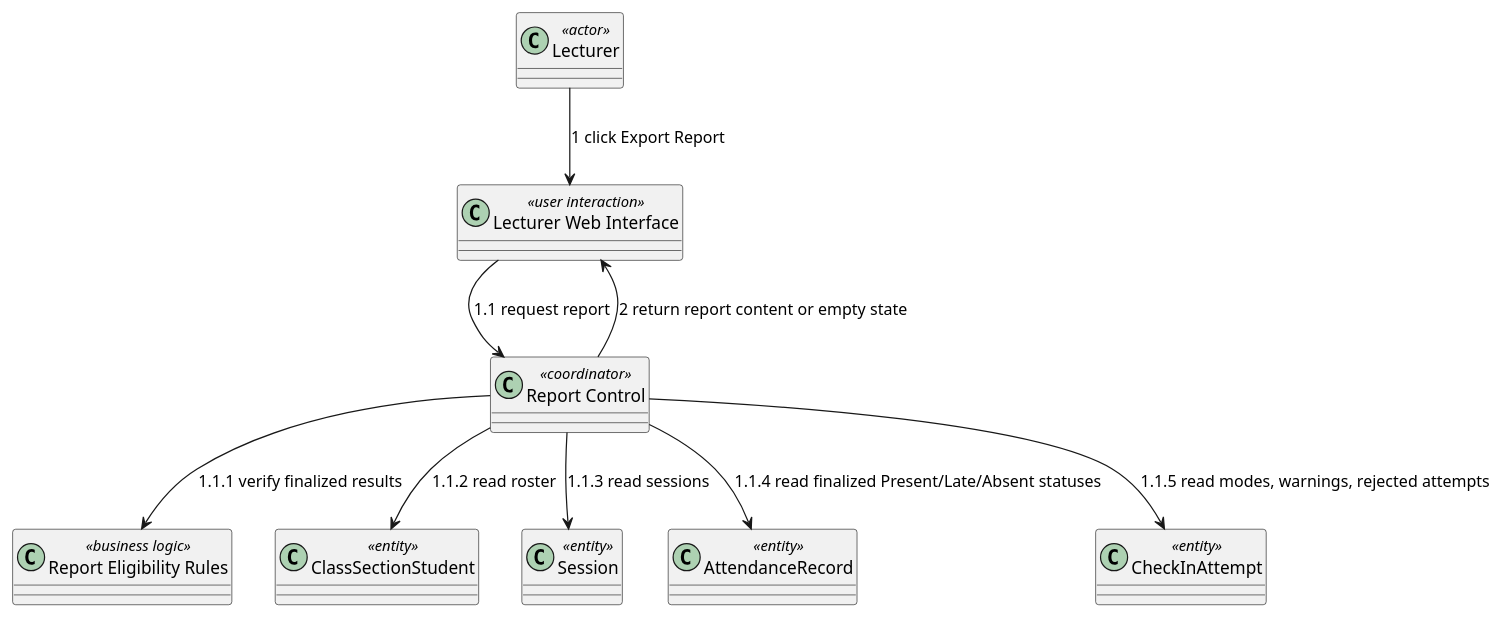
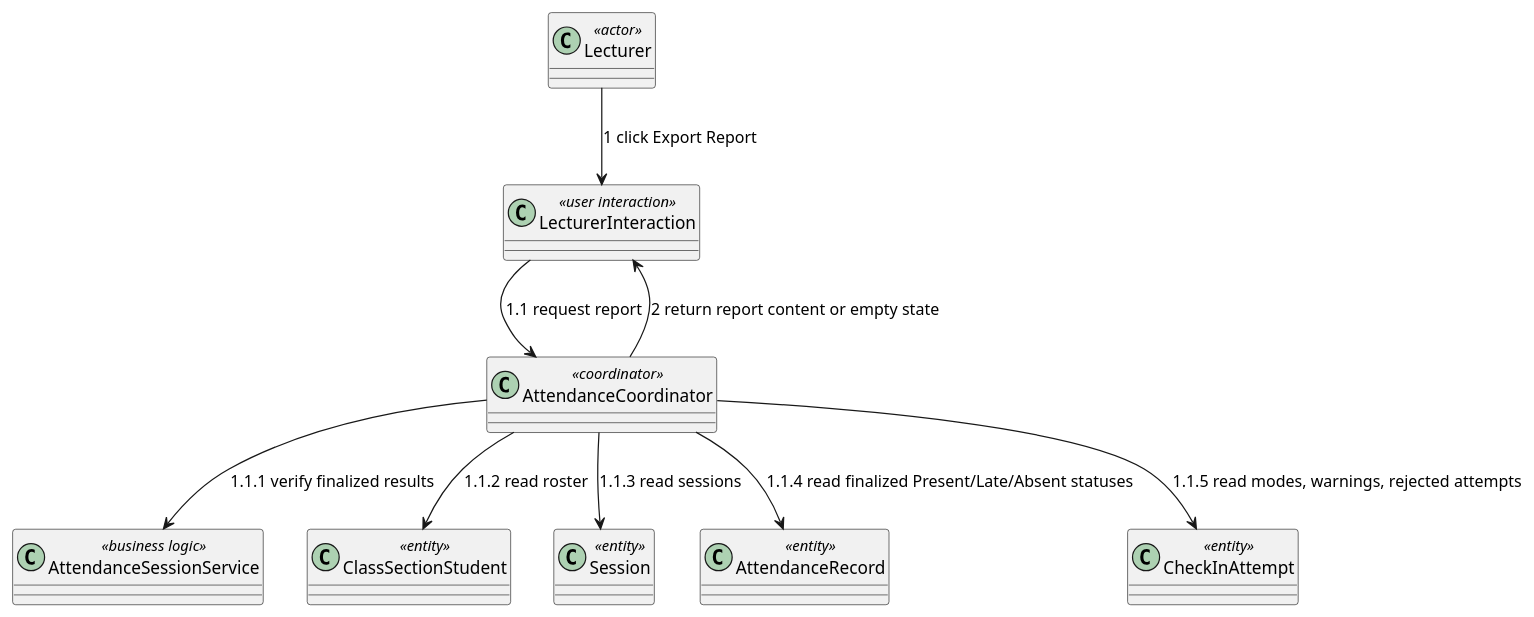
One commit to nttung42/SWD392 changed diagram 22 of 29 in docs/sds/2_Analysis.md. Above: the diagram before and after it, drawn with PlantUML. The commit also changed other lines of this file and 5 other files, not shown here.

````diff
--- a/docs/sds/2_Analysis.md
+++ b/docs/sds/2_Analysis.md
@@ -1121,21 +1100,21 @@
 ```plantuml
 @startuml
 class "Lecturer" as Lecturer <<actor>>
-class "Lecturer Web Interface" as LecturerUI <<user interaction>>
-class "Report Control" as ReportControl <<coordinator>>
-class "Report Eligibility Rules" as ReportRules <<business logic>>
+class "LecturerInteraction" as LecturerUI <<user interaction>>
+class "AttendanceCoordinator" as ReportControl <<coordinator>>
+class "AttendanceSessionService" as ReportRules <<business logic>>
 class "ClassSectionStudent" as ClassSectionStudent <<entity>>
 class "Session" as Session <<entity>>
 class "AttendanceRecord" as AttendanceRecord <<entity>>
 class "CheckInAttempt" as CheckInAttempt <<entity>>
 
 Lecturer --> LecturerUI : 1 click Export Report
 LecturerUI --> ReportControl : 1.1 request report
 ReportControl --> ReportRules : 1.1.1 verify finalized results
 ReportControl --> ClassSectionStudent : 1.1.2 read roster
 ReportControl --> Session : 1.1.3 read sessions
 ReportControl --> AttendanceRecord : 1.1.4 read finalized Present/Late/Absent statuses
 ReportControl --> CheckInAttempt : 1.1.5 read modes, warnings, rejected attempts
 ReportControl --> LecturerUI : 2 return report content or empty state
 @enduml
 ```
````
